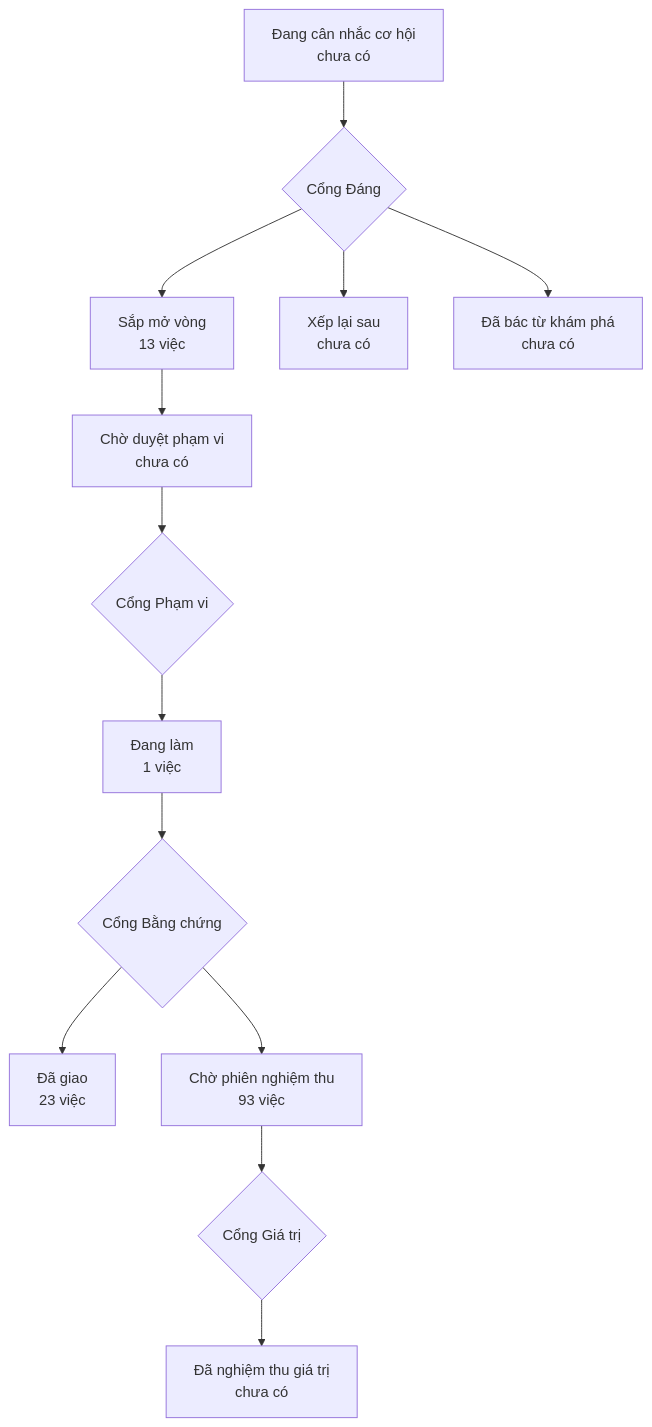
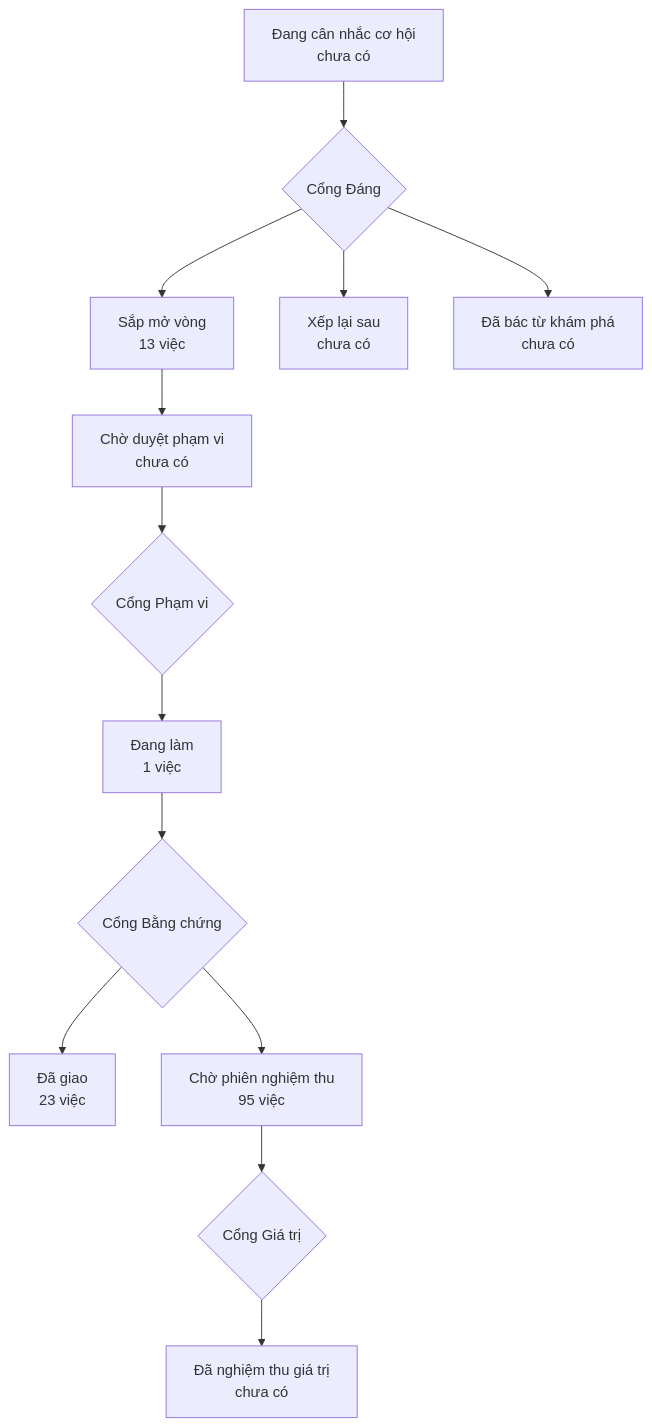
One commit to phanlemanh/onehub-quy-hang changed the diagram in PRODUCT-MAP.md. Above: the diagram before and after it, drawn with Mermaid. The commit also changed other lines of this file and 1 other file, not shown here.

Commit message:
chore(map): vẽ lại sau gộp main

````diff
--- a/PRODUCT-MAP.md
+++ b/PRODUCT-MAP.md
@@ -7,12 +7,12 @@
 ```mermaid
 flowchart TD
   A["Đang cân nhắc cơ hội<br/>chưa có"] --> GD{"Cổng Đáng"}
   GD --> B["Sắp mở vòng<br/>13 việc"]
   GD --> XL["Xếp lại sau<br/>chưa có"]
   GD --> DB["Đã bác từ khám phá<br/>chưa có"]
   B --> CD["Chờ duyệt phạm vi<br/>chưa có"] --> GP{"Cổng Phạm vi"}
   GP --> DL["Đang làm<br/>1 việc"] --> GB{"Cổng Bằng chứng"}
   GB --> DG["Đã giao<br/>23 việc"]
-  GB --> CN["Chờ phiên nghiệm thu<br/>93 việc"] --> GG{"Cổng Giá trị"}
+  GB --> CN["Chờ phiên nghiệm thu<br/>95 việc"] --> GG{"Cổng Giá trị"}
   GG --> NT["Đã nghiệm thu giá trị<br/>chưa có"]
 ```
````
